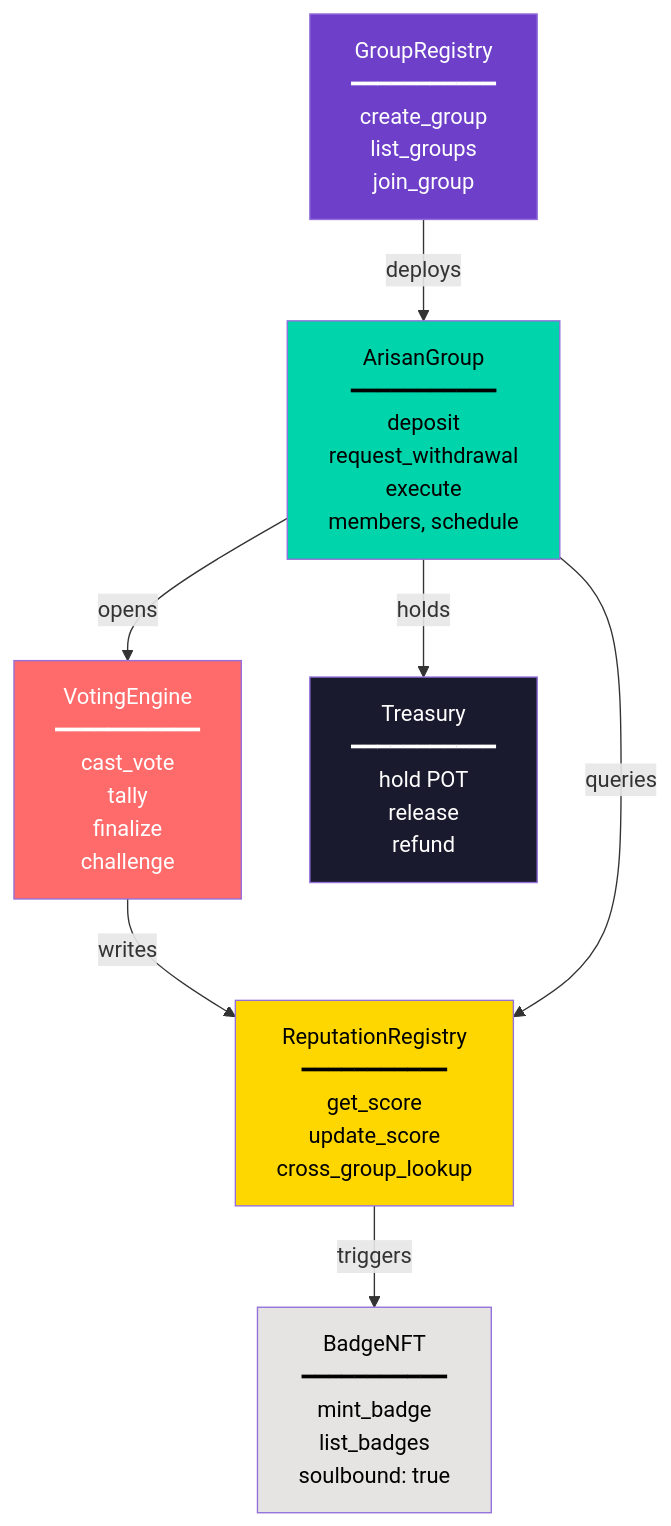
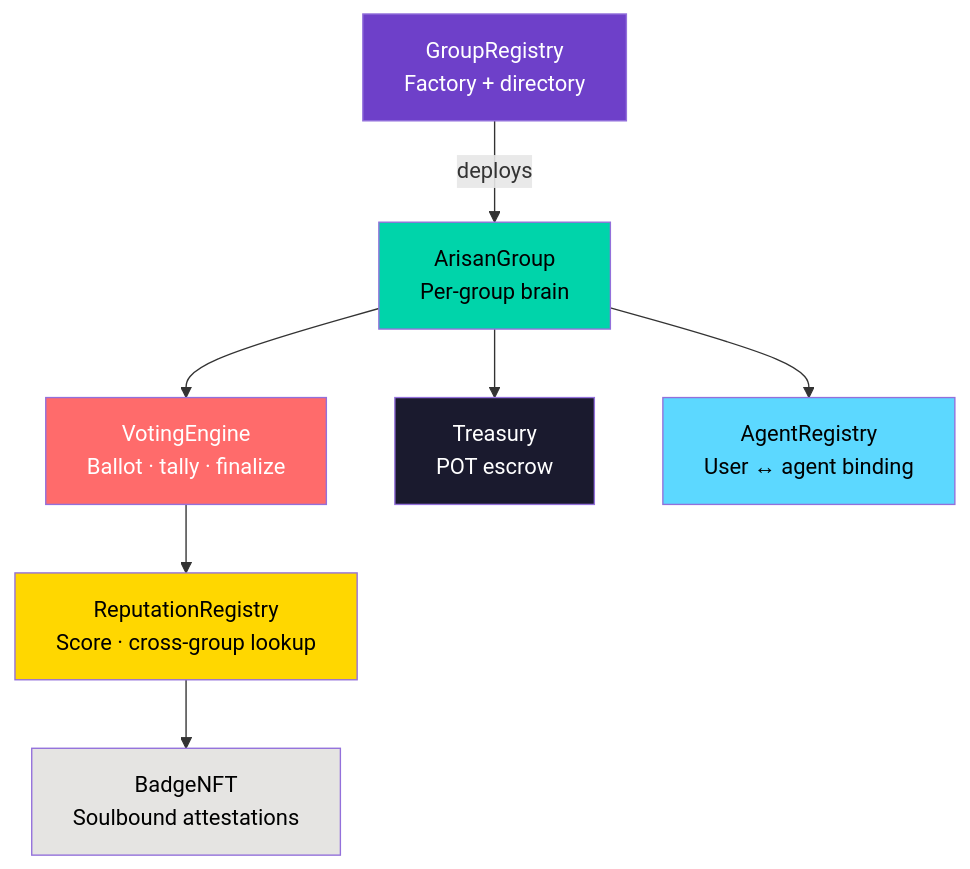
One commit to EzraNahumury/auralis changed the sixth of 7 diagrams in README.md. Above: the diagram before and after it, drawn with Mermaid. The commit also changed other lines of this file, not shown here.

````diff
--- a/README.md
+++ b/README.md
@@ -461,28 +372,25 @@
 ```mermaid
 flowchart TB
-    GR[GroupRegistry<br/>━━━━━━━━━━━<br/>create_group<br/>list_groups<br/>join_group]
-
-    AG[ArisanGroup<br/>━━━━━━━━━━━<br/>deposit<br/>request_withdrawal<br/>execute<br/>members, schedule]
-
-    VE[VotingEngine<br/>━━━━━━━━━━━<br/>cast_vote<br/>tally<br/>finalize<br/>challenge]
-
-    RR[ReputationRegistry<br/>━━━━━━━━━━━<br/>get_score<br/>update_score<br/>cross_group_lookup]
-
-    BN[BadgeNFT<br/>━━━━━━━━━━━<br/>mint_badge<br/>list_badges<br/>soulbound: true]
-
-    TR[Treasury<br/>━━━━━━━━━━━<br/>hold POT<br/>release<br/>refund]
+    GR[GroupRegistry<br/>Factory + directory]
+    AG[ArisanGroup<br/>Per-group brain]
+    VE[VotingEngine<br/>Ballot · tally · finalize]
+    RR[ReputationRegistry<br/>Score · cross-group lookup]
+    BN[BadgeNFT<br/>Soulbound attestations]
+    TR[Treasury<br/>POT escrow]
+    AR[AgentRegistry<br/>User ↔ agent binding]
 
     GR -->|deploys| AG
-    AG -->|opens| VE
-    AG -->|holds| TR
-    VE -->|writes| RR
-    RR -->|triggers| BN
-    AG -->|queries| RR
+    AG --> VE
+    AG --> TR
+    AG --> AR
+    VE --> RR
+    RR --> BN
 
     style GR fill:#6e40c9,color:#fff
     style AG fill:#00d4aa,color:#000
     style VE fill:#ff6b6b,color:#fff
     style RR fill:#ffd700,color:#000
     style BN fill:#e5e4e2,color:#000
     style TR fill:#1a1a2e,color:#fff
+    style AR fill:#5cd8ff,color:#000
 ```
````
